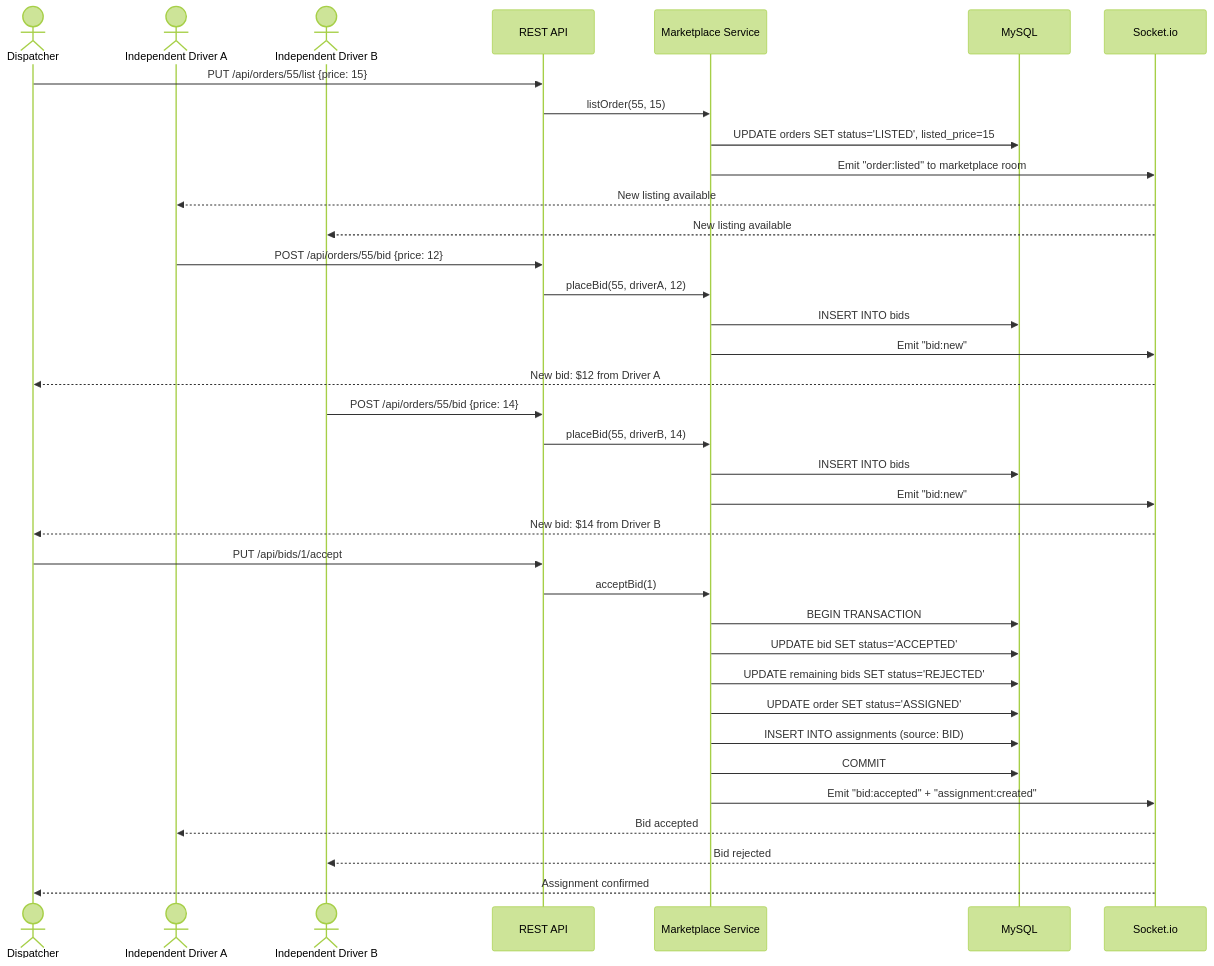
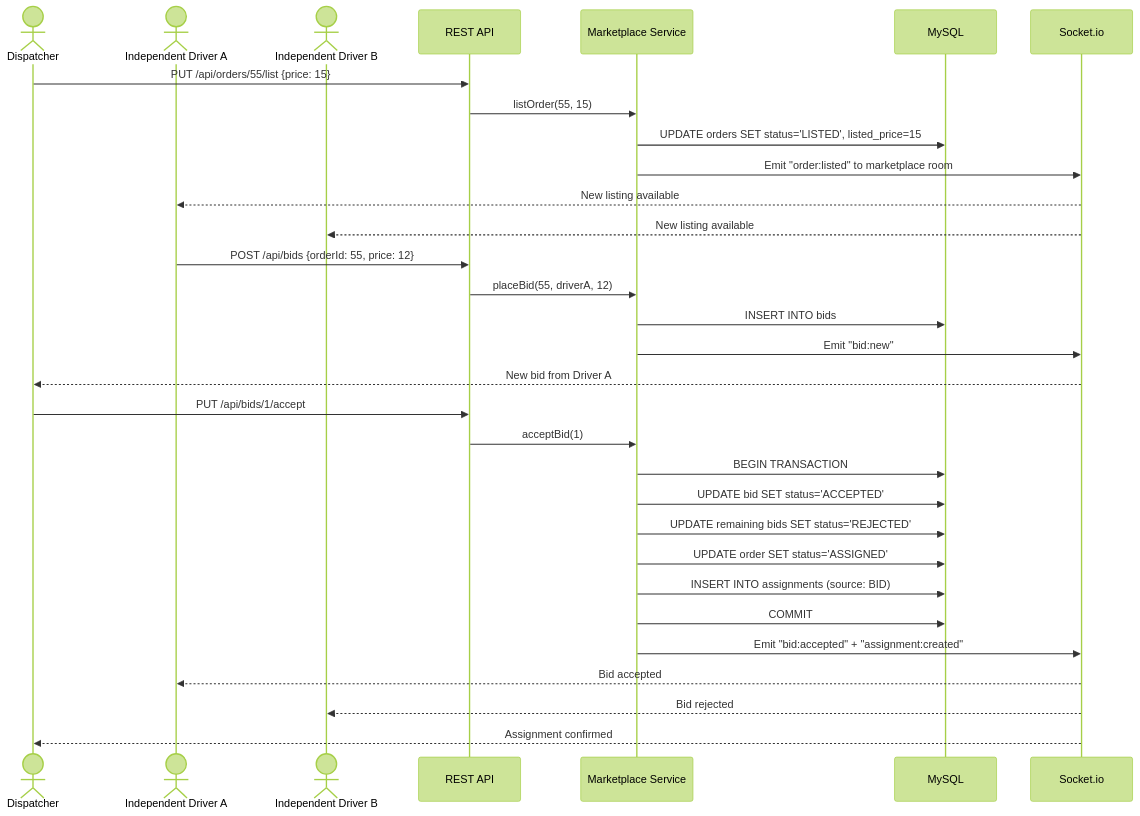
One commit to arsh342/dispatchCore changed the eighth of 13 diagrams in docs/system_design.md. Above: the diagram before and after it, drawn with Mermaid (forest theme). The commit also changed other lines of this file and 94 other files, not shown here.

````diff
--- a/docs/system_design.md
+++ b/docs/system_design.md
@@ -636,42 +581,36 @@
 ```mermaid
 sequenceDiagram
     actor Disp as Dispatcher
     actor ID1 as Independent Driver A
     actor ID2 as Independent Driver B
     participant API as REST API
     participant MS as Marketplace Service
     participant DB as MySQL
     participant WS as Socket.io
 
     Disp->>API: PUT /api/orders/55/list {price: 15}
     API->>MS: listOrder(55, 15)
     MS->>DB: UPDATE orders SET status='LISTED', listed_price=15
     MS->>WS: Emit "order:listed" to marketplace room
     WS-->>ID1: New listing available
     WS-->>ID2: New listing available
 
-    ID1->>API: POST /api/orders/55/bid {price: 12}
+    ID1->>API: POST /api/bids {orderId: 55, price: 12}
     API->>MS: placeBid(55, driverA, 12)
     MS->>DB: INSERT INTO bids
     MS->>WS: Emit "bid:new"
-    WS-->>Disp: New bid: $12 from Driver A
-
-    ID2->>API: POST /api/orders/55/bid {price: 14}
-    API->>MS: placeBid(55, driverB, 14)
-    MS->>DB: INSERT INTO bids
-    MS->>WS: Emit "bid:new"
-    WS-->>Disp: New bid: $14 from Driver B
+    WS-->>Disp: New bid from Driver A
 
     Disp->>API: PUT /api/bids/1/accept
     API->>MS: acceptBid(1)
     MS->>DB: BEGIN TRANSACTION
     MS->>DB: UPDATE bid SET status='ACCEPTED'
     MS->>DB: UPDATE remaining bids SET status='REJECTED'
     MS->>DB: UPDATE order SET status='ASSIGNED'
     MS->>DB: INSERT INTO assignments (source: BID)
     MS->>DB: COMMIT
     MS->>WS: Emit "bid:accepted" + "assignment:created"
     WS-->>ID1: Bid accepted
     WS-->>ID2: Bid rejected
     WS-->>Disp: Assignment confirmed
 ```
````
